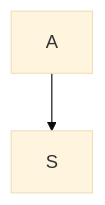
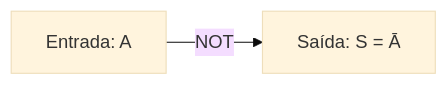
The first of 8 diagrams in content/pt-br/resource/Engenharia de Computação/6-periodo/eletronica-digital/anotacoes/aula-01-portas-logicas.md (pedroiff0/page), drawn with Mermaid (base theme) before and after one commit. The commit also changed other lines of this file and 96 other files, not shown here.

````diff
--- a/content/pt-br/resource/Engenharia de Computação/6-periodo/eletronica-digital/anotacoes/aula-01-portas-logicas.md
+++ b/content/pt-br/resource/Engenharia de Computação/6-periodo/eletronica-digital/anotacoes/aula-01-portas-logicas.md
@@ -87,4 +90,4 @@
 ```mermaid
-flowchart TD
-    A[A] --> B[S]
+flowchart LR
+    A[Entrada: A] -->|NOT| S[Saída: S = Ā]
 ```
````
